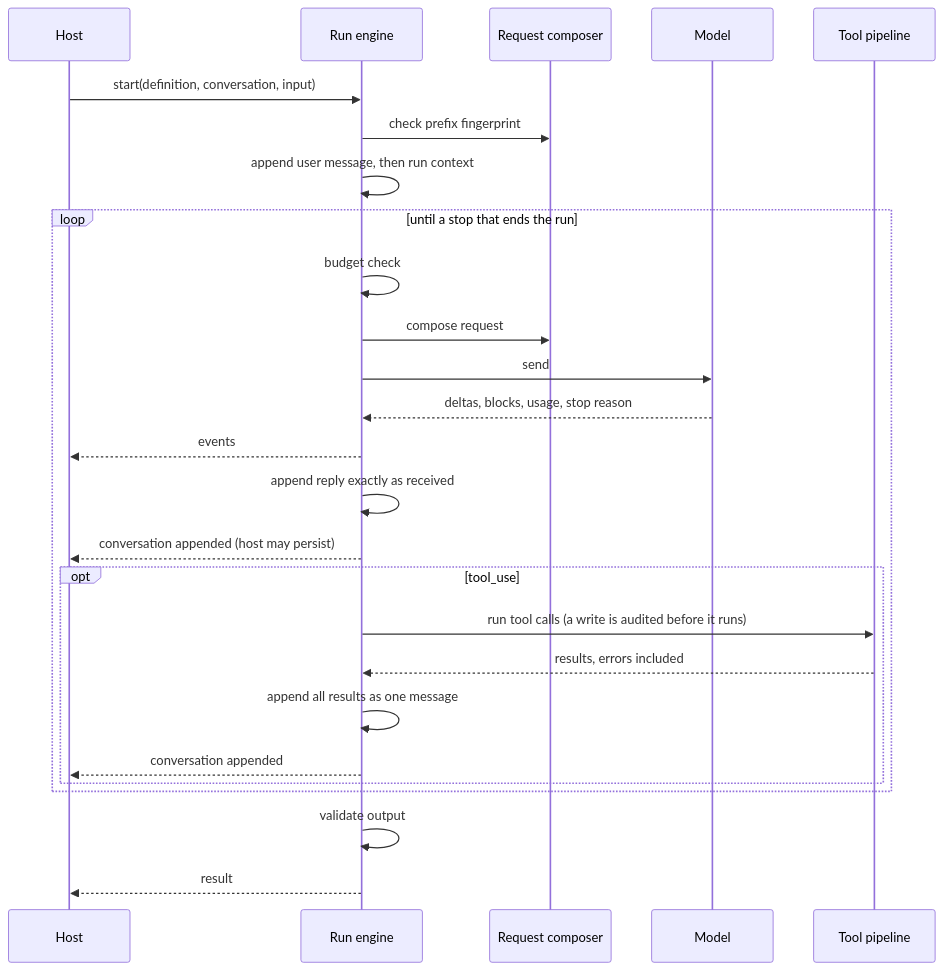
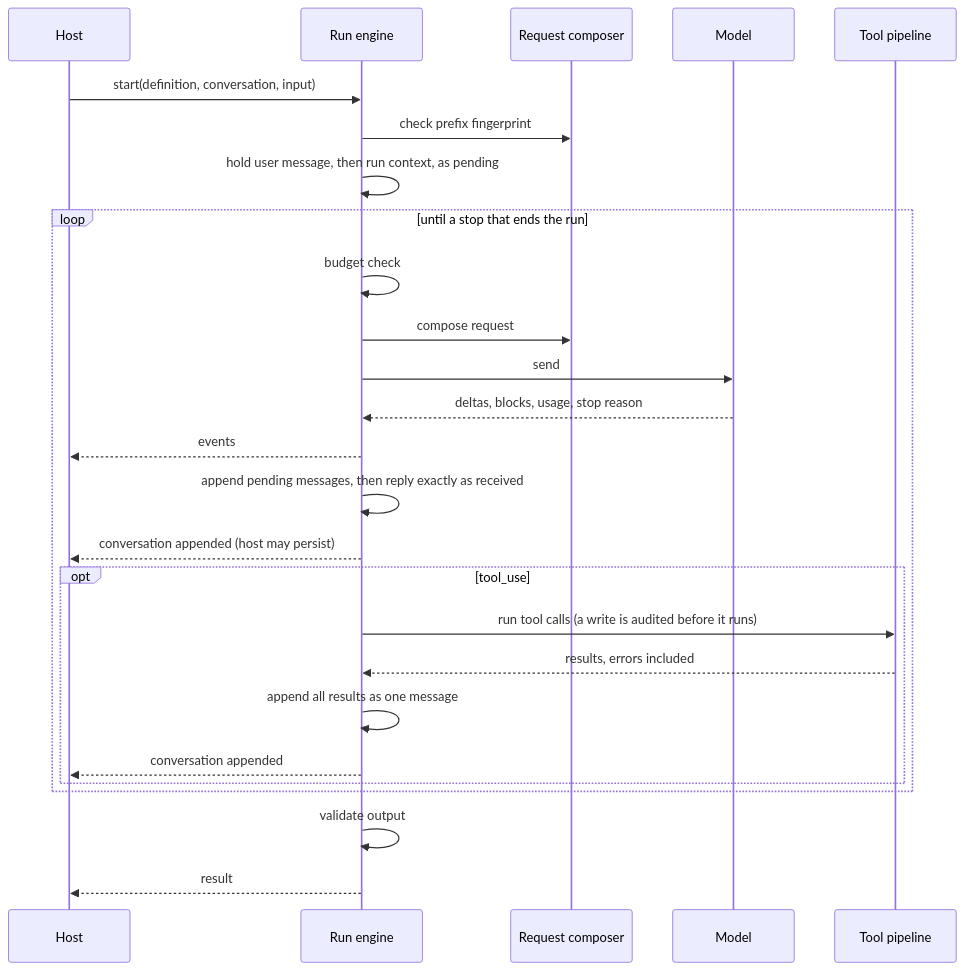
One commit to sleepyshark85/Officina changed the third of 6 diagrams in ARCHITECTURE.md. Above: the diagram before and after it, drawn with Mermaid. The commit also changed other lines of this file and 10 other files, not shown here.

````diff
--- a/ARCHITECTURE.md
+++ b/ARCHITECTURE.md
@@ -165,28 +165,28 @@
 ```mermaid
 sequenceDiagram
     participant H as Host
     participant E as Run engine
     participant C as Request composer
     participant M as Model
     participant P as Tool pipeline
     H->>E: start(definition, conversation, input)
     E->>C: check prefix fingerprint
-    E->>E: append user message, then run context
+    E->>E: hold user message, then run context, as pending
     loop until a stop that ends the run
         E->>E: budget check
         E->>C: compose request
         E->>M: send
         M-->>E: deltas, blocks, usage, stop reason
         E-->>H: events
-        E->>E: append reply exactly as received
+        E->>E: append pending messages, then reply exactly as received
         E-->>H: conversation appended (host may persist)
         opt tool_use
             E->>P: run tool calls (a write is audited before it runs)
             P-->>E: results, errors included
             E->>E: append all results as one message
             E-->>H: conversation appended
         end
     end
     E->>E: validate output
     E-->>H: result
 ```
````
